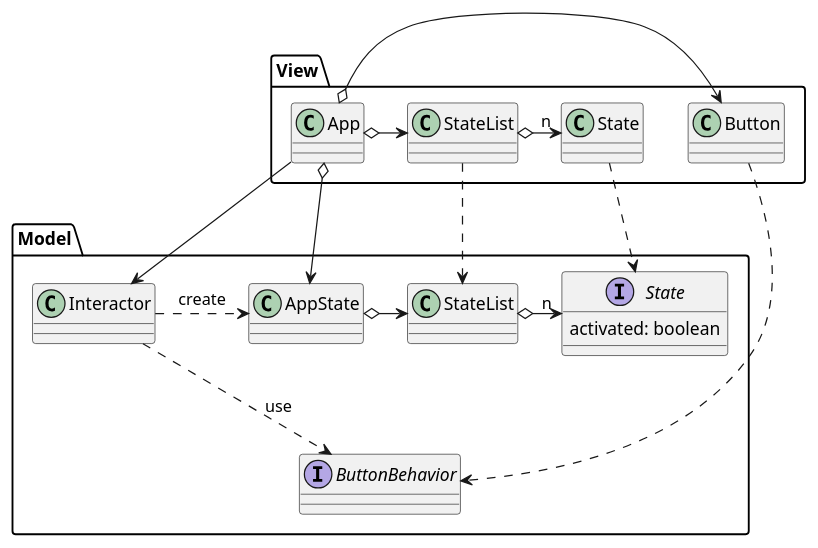
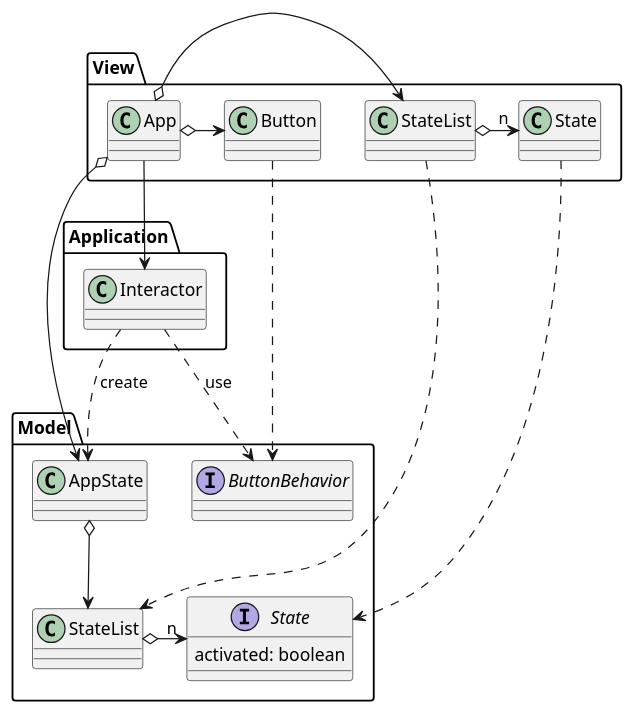
One commit to tooppoo/sample-for-vue-with-design-patterns changed the first of 2 diagrams in docs/strategy.puml. Above: the diagram before and after it, drawn with PlantUML. The commit also changed other lines of this file, not shown here.

```diff
--- a/docs/strategy.puml
+++ b/docs/strategy.puml
@@ -1,32 +1,36 @@
 @startuml View And Model
 package View {
   class App
   class "StateList" as VStateList
   class "State" as VState
   class Button
 
   App o-r-> VStateList
   VStateList o-r-> "n" VState
 
   App o-r-> Button
 }
 
+package Application {
+  class Interactor
+}
+
 package Model {
   interface ButtonBehavior
   interface "State" as MState {
     activated: boolean
   }
   class "StateList" as MStateList
   MStateList o-l-> "n" MState
 
-  AppState o-r-> MStateList
+  AppState o--> MStateList
   Interactor .r.> AppState : create
   Interactor ..> ButtonBehavior : use
 }
 
 App --> Interactor
 App o--> AppState
 VStateList ..> MStateList
 VState ..> MState
 Button ..> ButtonBehavior
 @enduml
```
